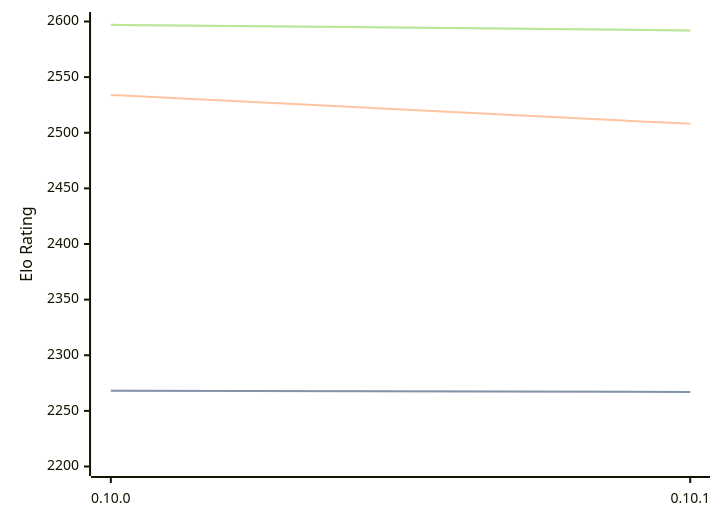
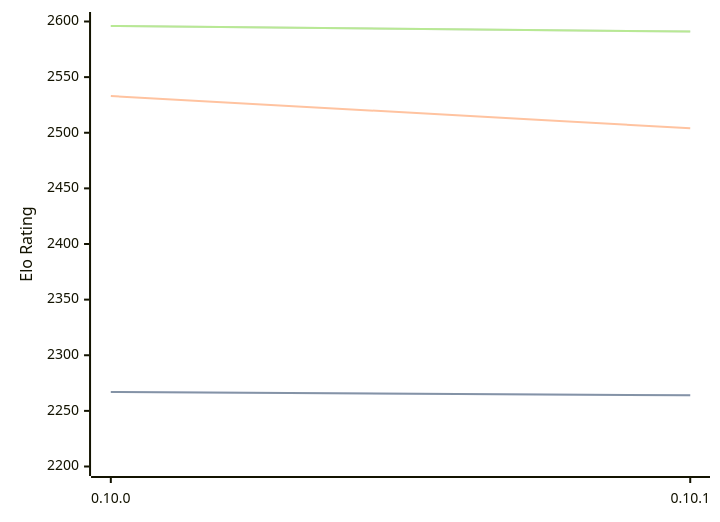
Before and after one commit to computer-chess-index/cci: the third of 3 diagrams in engines/Fatalii.md, drawn with Mermaid. The commit also changed other lines of this file, not shown here.

Commit message:
Update CCI Ratings (ELO VLTC) - 2026-07-15

````diff
--- a/engines/Fatalii.md
+++ b/engines/Fatalii.md
@@ -79,11 +79,11 @@
 ```mermaid
 %%{init: {"theme":"base","themeVariables":{"seriesColors:['#a3a3a3','#222221','#faa371']}}}%%
 xychart-beta
   x-axis ["0.10.0", "0.10.1"]
   y-axis "Elo Rating" 2200 --> 2600
-  line "STC (8.0+0.08s)" [2268, 2267]
-  line "STC (8.0+0.08s)" [2268, 2267]
-  line "LTC (60.0+0.60s)" [2534, 2508]
-  line "VLTC (2m24s+1.12s)" [2597, 2592]
-  line "VLTC (2m24s+1.12s)" [2597, 2592]
+  line "STC (8.0+0.08s)" [2267, 2264]
+  line "STC (8.0+0.08s)" [2267, 2264]
+  line "LTC (60.0+0.60s)" [2533, 2504]
+  line "VLTC (2m24s+1.12s)" [2596, 2591]
+  line "VLTC (2m24s+1.12s)" [2596, 2591]
 ```
````
